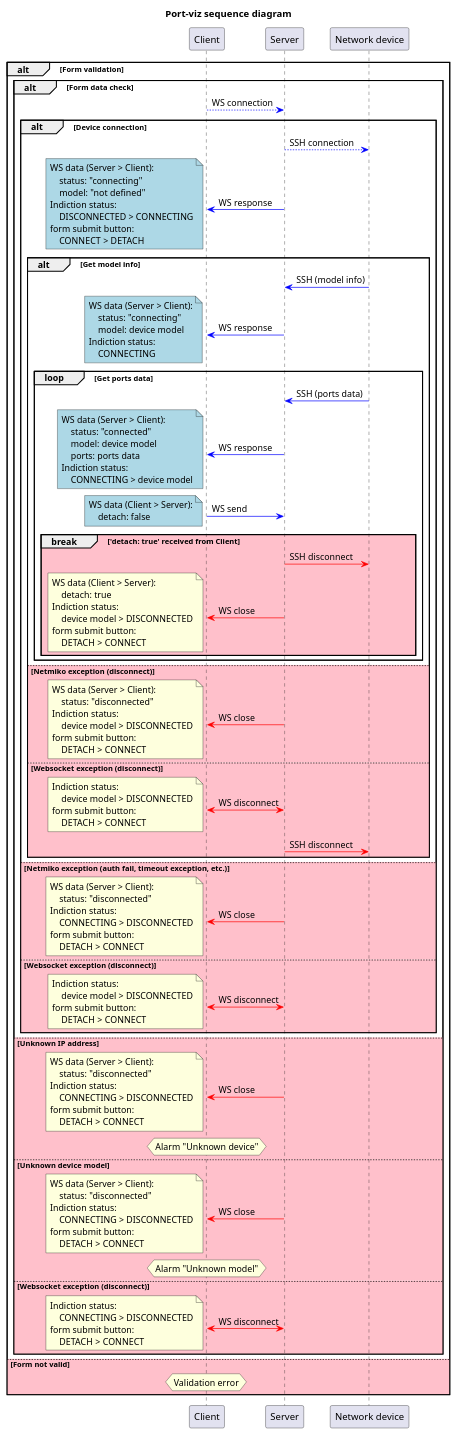
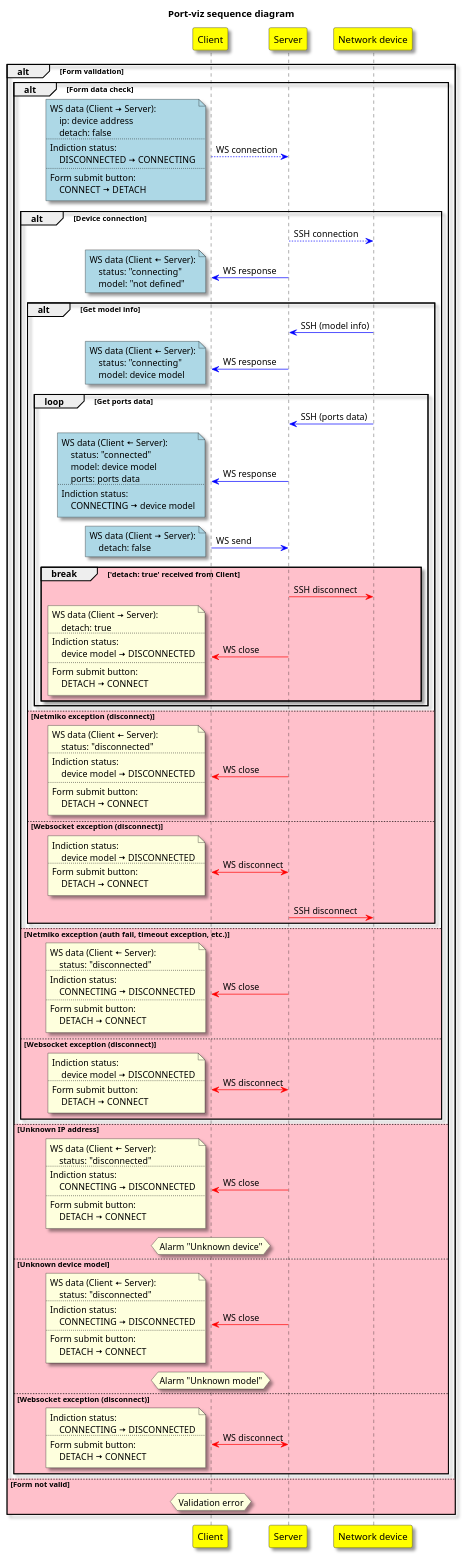
One commit to dzmartli/port-viz changed the diagram in port-viz.puml. Above: the diagram before and after it, drawn with PlantUML. The commit also changed 2 other files, not shown here.

Commit message:
change uml

```diff
--- a/port-viz.puml
+++ b/port-viz.puml
@@ -1,133 +1,158 @@
 @startuml
+skinparam shadowing true
+<style>
+participant {
+    BackGroundColor yellow
+}
+</style>
 title Port-viz sequence diagram
 participant "Client" as Foo1
 participant "Server" as Foo2
 participant "Network device" as Foo3
 alt Form validation
     alt Form data check
         Foo1 [#blue]--> Foo2 : WS connection
+        note left #LightBlue
+            WS data (Client <&arrow-right> Server):
+                ip: device address
+                detach: false
+            ....
+            Indiction status:
+                DISCONNECTED <&arrow-right> CONNECTING
+            ....
+            Form submit button:
+                CONNECT <&arrow-right> DETACH
+        end note
         alt Device connection
             Foo2 [#blue]--> Foo3 : SSH connection
             Foo1 <-[#blue] Foo2 : WS response
             note left #LightBlue
-                WS data (Server > Client):
+                WS data (Client <&arrow-left> Server):
                     status: "connecting"
                     model: "not defined"
-                Indiction status:
-                    DISCONNECTED > CONNECTING
-                form submit button:
-                    CONNECT > DETACH
             end note
             alt Get model info
                 Foo2 <-[#blue] Foo3 : SSH (model info)
                 Foo1 <-[#blue] Foo2 : WS response
                 note left #LightBlue
-                    WS data (Server > Client):
+                    WS data (Client <&arrow-left> Server):
                         status: "connecting"
                         model: device model
-                    Indiction status:
-                        CONNECTING
                 end note
                 loop Get ports data
                     Foo2 <-[#blue] Foo3 : SSH (ports data)
                     Foo1 <-[#blue] Foo2 : WS response
                     note left #LightBlue
-                        WS data (Server > Client):
+                        WS data (Client <&arrow-left> Server):
                             status: "connected"
                             model: device model
                             ports: ports data
+                        ....
                         Indiction status:
-                            CONNECTING > device model
+                            CONNECTING <&arrow-right> device model
                     end note
                     Foo1 [#blue]-> Foo2 : WS send
                     note left #LightBlue
-                        WS data (Client > Server):
+                        WS data (Client <&arrow-right> Server):
                             detach: false
                     end note
                     break #Pink 'detach: true' received from Client
                         Foo2 [#red]-> Foo3 : SSH disconnect
                         Foo1 <-[#red] Foo2 : WS close
                         note left
-                            WS data (Client > Server):
+                            WS data (Client <&arrow-right> Server):
                                 detach: true
+                            ....
                             Indiction status:
-                                device model > DISCONNECTED
-                            form submit button:
-                                DETACH > CONNECT
+                                device model <&arrow-right> DISCONNECTED
+                            ....
+                            Form submit button:
+                                DETACH <&arrow-right> CONNECT
                         end note
                     end
                 end
             else #Pink Netmiko exception (disconnect)
                 Foo1 <-[#red] Foo2 : WS close
                 note left
-                    WS data (Server > Client):
+                    WS data (Client <&arrow-left> Server):
                         status: "disconnected"
+                    ....
                     Indiction status:
-                        device model > DISCONNECTED
-                    form submit button:
-                        DETACH > CONNECT
+                        device model <&arrow-right> DISCONNECTED
+                    ....
+                    Form submit button:
+                        DETACH <&arrow-right> CONNECT
                 end note
             else #Pink Websocket exception (disconnect)
                 Foo1 <-[#red]> Foo2 : WS disconnect
                 note left
                     Indiction status:
-                        device model > DISCONNECTED
-                    form submit button:
-                        DETACH > CONNECT
+                        device model <&arrow-right> DISCONNECTED
+                    ....
+                    Form submit button:
+                        DETACH <&arrow-right> CONNECT
                 end note
                 Foo2 [#red]-> Foo3 : SSH disconnect
             end
         else #Pink Netmiko exception (auth fail, timeout exception, etc.)
             Foo1 <-[#red] Foo2 : WS close
             note left
-                WS data (Server > Client):
+                WS data (Client <&arrow-left> Server):
                     status: "disconnected"
+                ....
                 Indiction status:
-                    CONNECTING > DISCONNECTED
-                form submit button:
-                    DETACH > CONNECT
+                    CONNECTING <&arrow-right> DISCONNECTED
+                ....
+                Form submit button:
+                    DETACH <&arrow-right> CONNECT
             end note
         else #Pink Websocket exception (disconnect)
             Foo1 <-[#red]> Foo2 : WS disconnect
             note left
                 Indiction status:
-                    device model > DISCONNECTED
-                form submit button:
-                    DETACH > CONNECT
+                    device model <&arrow-right> DISCONNECTED
+                ....
+                Form submit button:
+                    DETACH <&arrow-right> CONNECT
             end note
         end
     else #Pink Unknown IP address
         Foo1 <-[#red] Foo2 : WS close
         note left
-            WS data (Server > Client):
+            WS data (Client <&arrow-left> Server):
                 status: "disconnected"
+            ....
             Indiction status:
-                CONNECTING > DISCONNECTED
-            form submit button:
-                DETACH > CONNECT
+                CONNECTING <&arrow-right> DISCONNECTED
+            ....
+            Form submit button:
+                DETACH <&arrow-right> CONNECT
         end note
         hnote over Foo1 : Alarm "Unknown device"
     else #Pink Unknown device model
         Foo1 <-[#red] Foo2 : WS close
         note left
-            WS data (Server > Client):
+            WS data (Client <&arrow-left> Server):
                 status: "disconnected"
+            ....
             Indiction status:
-                CONNECTING > DISCONNECTED
-            form submit button:
-                DETACH > CONNECT
+                CONNECTING <&arrow-right> DISCONNECTED
+            ....
+            Form submit button:
+                DETACH <&arrow-right> CONNECT
         end note
         hnote over Foo1 : Alarm "Unknown model"
     else #Pink Websocket exception (disconnect)
         Foo1 <-[#red]> Foo2 : WS disconnect
         note left
             Indiction status:
-                CONNECTING > DISCONNECTED
-            form submit button:
-                DETACH > CONNECT
+                CONNECTING <&arrow-right> DISCONNECTED
+            ....
+            Form submit button:
+                DETACH <&arrow-right> CONNECT
         end note
     end
 else #Pink Form not valid
     hnote over Foo1 : Validation error
 end
 @enduml
```
